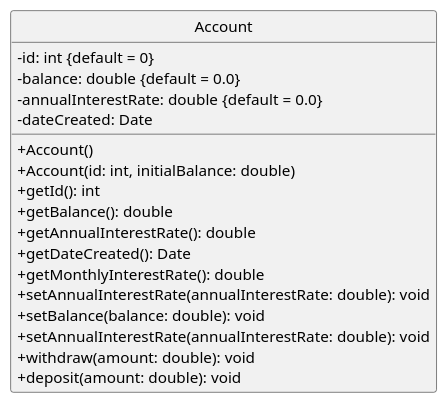
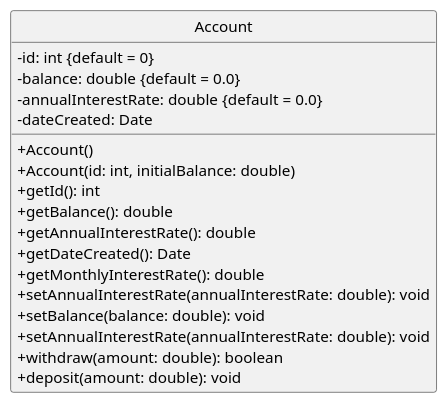
One commit to knockout101/java changed the diagram in utd_cs2336/hw4/9.7/hw9.7.puml. Above: the diagram before and after it, drawn with PlantUML. The commit also changed 10 other files, not shown here.

Commit message:
Added suedocode for hw4 and png files for UML diagrams for each problem

```diff
--- a/utd_cs2336/hw4/9.7/hw9.7.puml
+++ b/utd_cs2336/hw4/9.7/hw9.7.puml
@@ -1,25 +1,25 @@
 @startuml 
 
 skinparam classAttributeIconSize 0
 hide circle
 
 class Account {
     -id: int {default = 0}
     -balance: double {default = 0.0}
     -annualInterestRate: double {default = 0.0}
     -dateCreated: Date
     +Account()
     +Account(id: int, initialBalance: double)
     +getId(): int
     +getBalance(): double
     +getAnnualInterestRate(): double
     +getDateCreated(): Date
     +getMonthlyInterestRate(): double
     +setAnnualInterestRate(annualInterestRate: double): void
     +setBalance(balance: double): void
     +setAnnualInterestRate(annualInterestRate: double): void
-    +withdraw(amount: double): void
+    +withdraw(amount: double): boolean
     +deposit(amount: double): void
 }
 
 @enduml
```
